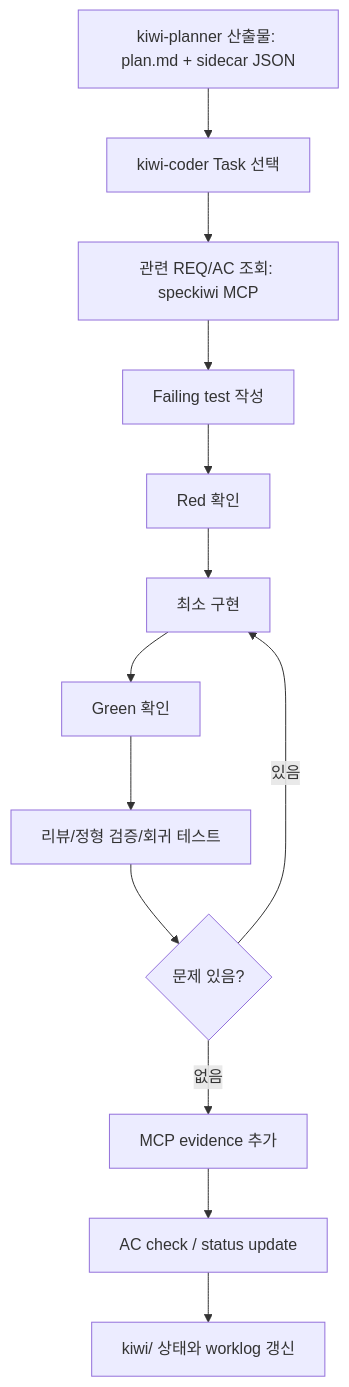
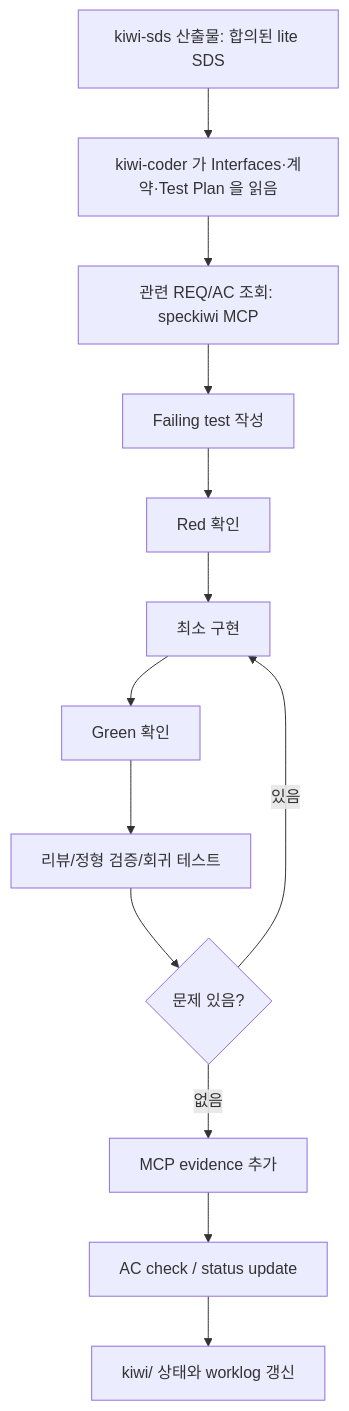
The fourth of 4 diagrams in README.md (Snoworca/speckiwi), drawn with Mermaid before and after one commit. The commit also changed other lines of this file and 577 other files, not shown here.

````diff
--- a/README.md
+++ b/README.md
@@ -1126,15 +1132,15 @@
 ```mermaid
 flowchart TD
-    A["kiwi-planner 산출물: plan.md + sidecar JSON"] --> B["kiwi-coder Task 선택"]
+    A["kiwi-sds 산출물: 합의된 lite SDS"] --> B["kiwi-coder 가 Interfaces·계약·Test Plan 을 읽음"]
     B --> C["관련 REQ/AC 조회: speckiwi MCP"]
     C --> D["Failing test 작성"]
     D --> E["Red 확인"]
     E --> F["최소 구현"]
     F --> G["Green 확인"]
     G --> H["리뷰/정형 검증/회귀 테스트"]
     H --> I{"문제 있음?"}
     I -->|있음| F
     I -->|없음| J["MCP evidence 추가"]
     J --> K["AC check / status update"]
     K --> L["kiwi/ 상태와 worklog 갱신"]
 ```
````
